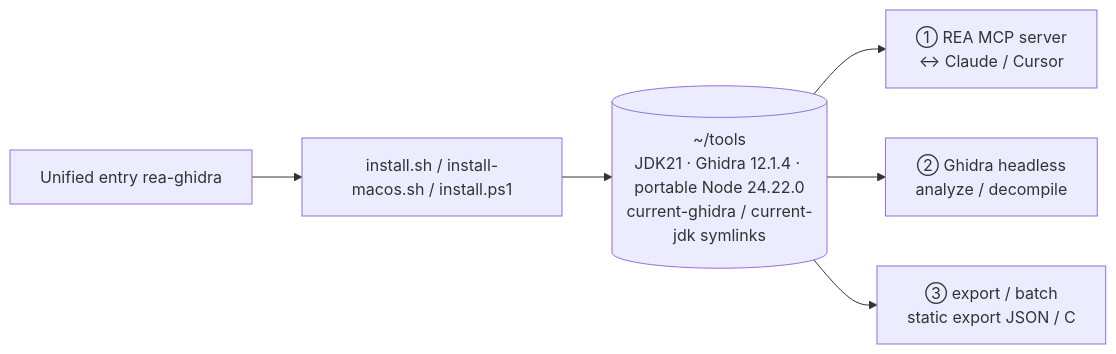
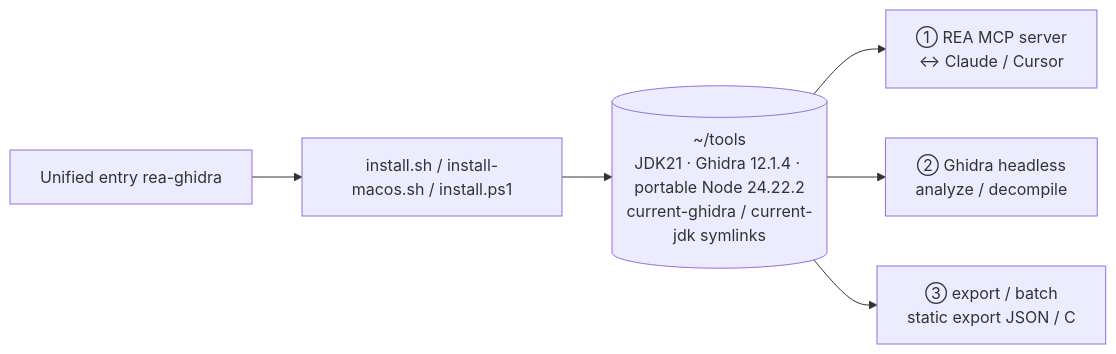
Before and after one commit to yyds8170-ctrl/rea-ghidra-setup: the second of 2 diagrams in README.en.md, drawn with Mermaid. The commit also changed other lines of this file and 33 other files, not shown here.

````diff
--- a/README.en.md
+++ b/README.en.md
@@ -119,8 +119,8 @@
 ```mermaid
 flowchart LR
     Entry["Unified entry rea-ghidra"] --> Ins["install.sh / install-macos.sh / install.ps1"]
-    Ins --> Tools[("~/tools<br/>JDK21 · Ghidra 12.1.4 · portable Node 24.22.0<br/>current-ghidra / current-jdk symlinks")]
+    Ins --> Tools[("~/tools<br/>JDK21 · Ghidra 12.1.4 · portable Node 24.22.2<br/>current-ghidra / current-jdk symlinks")]
     Tools --> P1["① REA MCP server<br/>↔ Claude / Cursor"]
     Tools --> P2["② Ghidra headless<br/>analyze / decompile"]
     Tools --> P3["③ export / batch<br/>static export JSON / C"]
 ```
````
